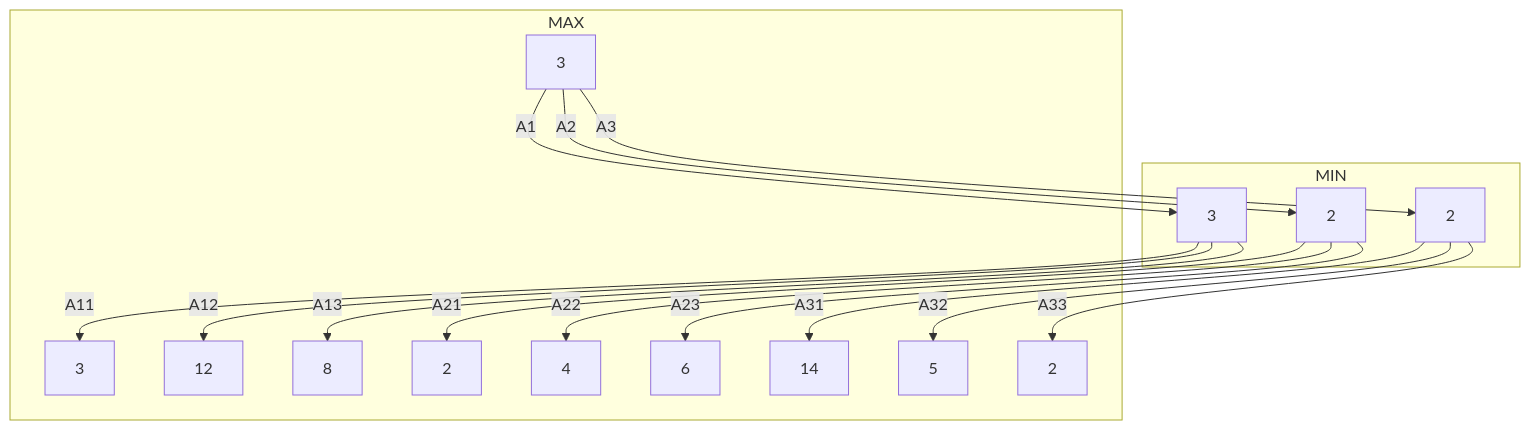
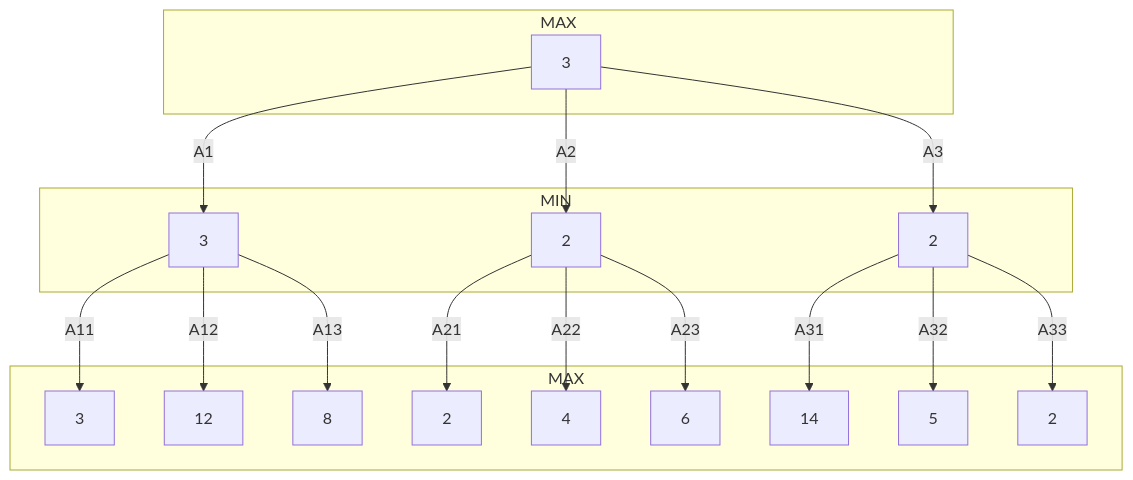
One commit to bweston6/uol-cs-notes changed the diagram in docs/comp111/lectures/_posts/2020-11-04-1.md. Above: the diagram before and after it, drawn with Mermaid.

Commit message:
Fixing graph.

````diff
--- a/docs/comp111/lectures/_posts/2020-11-04-1.md
+++ b/docs/comp111/lectures/_posts/2020-11-04-1.md
@@ -87,35 +87,34 @@
 ```mermaid
 graph TD
-subgraph MAX
+subgraph max1[MAX]
 A0
 end
 subgraph MIN
 A1
 A2
 A3
 end
-subgraph MAX
+subgraph max2[MAX]
 A11
 A21
 A31
 A12
 A22
 A32
 A13
 A23
 A33
 end
 A0[3] -->|A1| A1[3]
 A0 -->|A2| A2[2]
 A0 -->|A3| A3[2]
 A1 -->|A11| A11[3]
 A1 -->|A12| A12[12]
 A1 -->|A13| A13[8]
 A2 -->|A21| A21[2]
 A2 -->|A22| A22[4]
 A2 -->|A23| A23[6]
 A3 -->|A31| A31[14]
 A3 -->|A32| A32[5]
 A3 -->|A33| A33[2]
-
 ```
````
